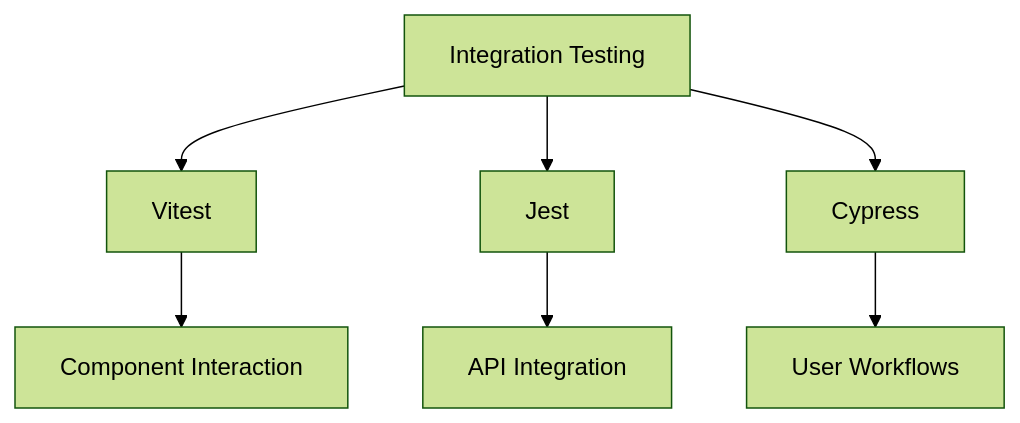
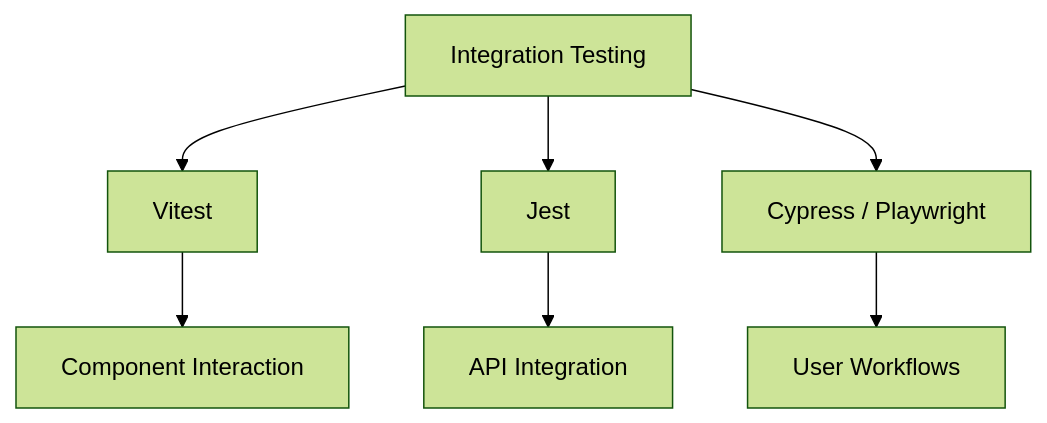
One commit to moonbuild/docusphere changed the second of 3 diagrams in docs/frontend/index.md. Above: the diagram before and after it, drawn with Mermaid (forest theme). The commit also changed other lines of this file, not shown here.

````diff
--- a/docs/frontend/index.md
+++ b/docs/frontend/index.md
@@ -166,9 +153,9 @@
   ```mermaid
   graph TD;
     A[Integration Testing] --> B[Vitest];
     A --> C[Jest];
-    A --> D[Cypress];
+    A --> D[Cypress / Playwright ];
     B --> E[Component Interaction];
     C --> F[API Integration];
     D --> G[User Workflows];
   ```
````
